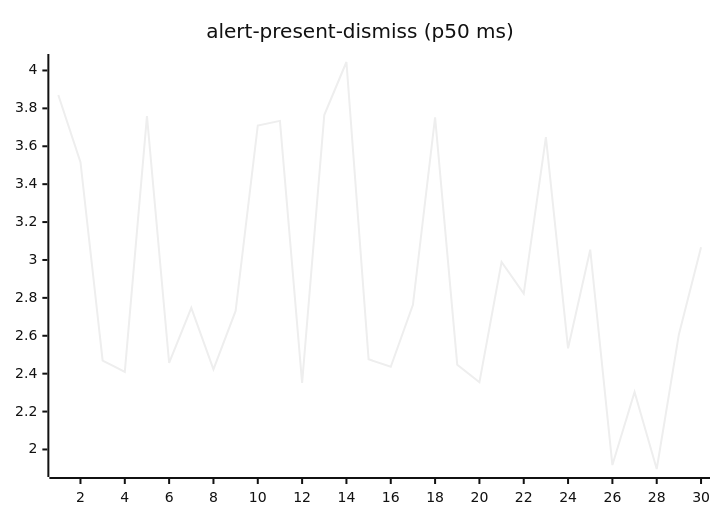
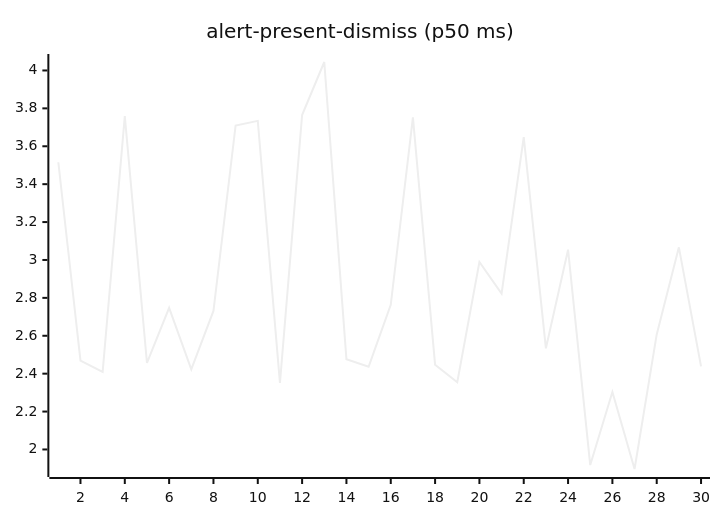
One commit to josha/Facet changed the second of 27 diagrams in README.md. Above: the diagram before and after it, drawn with Mermaid (neutral theme). The commit also changed other lines of this file and 2 other files, not shown here.

````diff
--- a/README.md
+++ b/README.md
@@ -70,6 +70,6 @@
 ```mermaid
 xychart-beta
     title "alert-present-dismiss (p50 ms)"
     x-axis 1 --> 30
-    line [3.8703, 3.5157, 2.4688, 2.4093, 3.7592, 2.4564, 2.7475, 2.4232, 2.7312, 3.7096, 3.7340, 2.3506, 3.7650, 4.0447, 2.4759, 2.4363, 2.7635, 3.7527, 2.4474, 2.3546, 2.9892, 2.8222, 3.6482, 2.5337, 3.0542, 1.9177, 2.3034, 1.8969, 2.6071, 3.0667]
+    line [3.5157, 2.4688, 2.4093, 3.7592, 2.4564, 2.7475, 2.4232, 2.7312, 3.7096, 3.7340, 2.3506, 3.7650, 4.0447, 2.4759, 2.4363, 2.7635, 3.7527, 2.4474, 2.3546, 2.9892, 2.8222, 3.6482, 2.5337, 3.0542, 1.9177, 2.3034, 1.8969, 2.6071, 3.0667, 2.4384]
 ```
````
